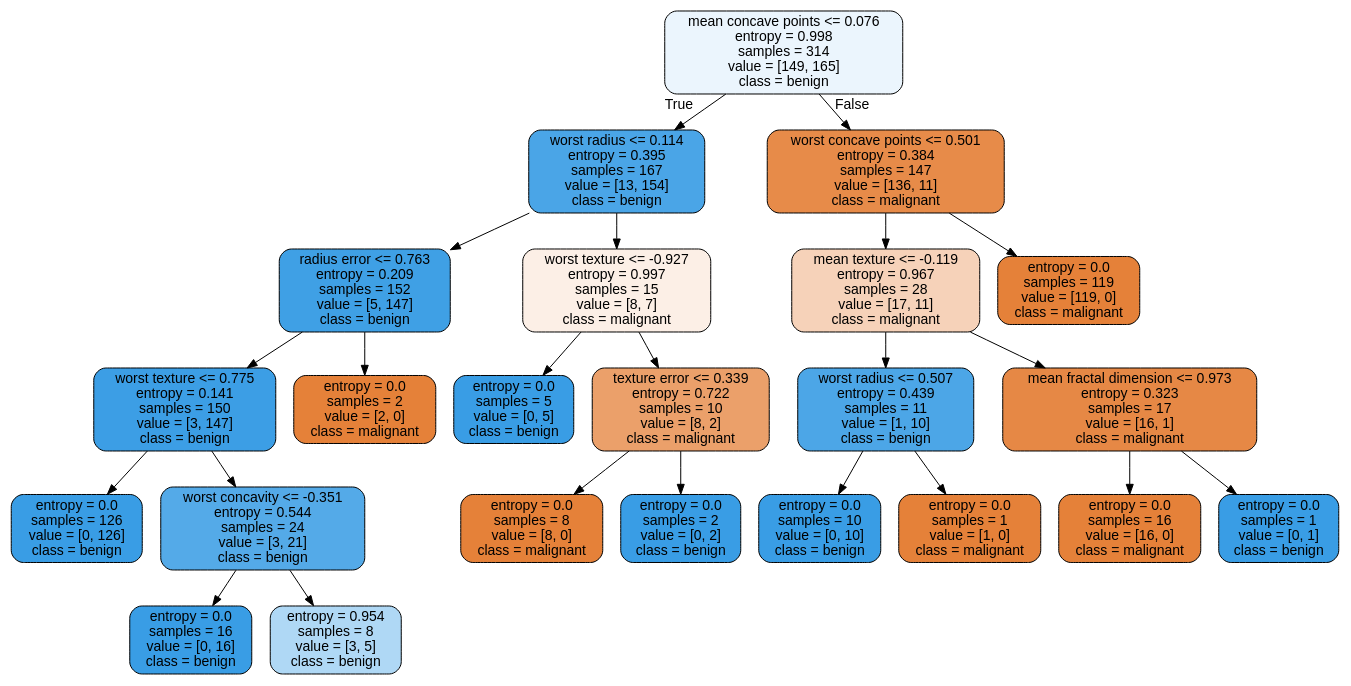
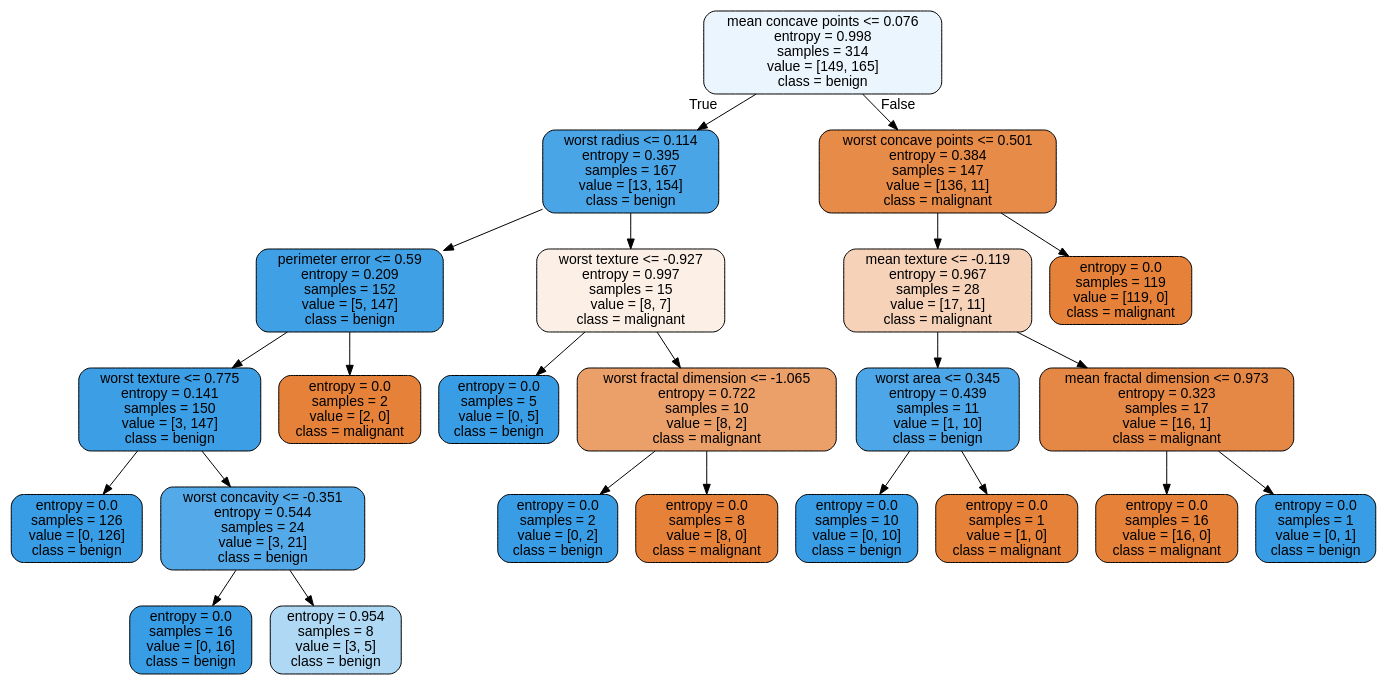
The diagram in tree_breast_cancer_enn.dot (ahadimuhsin/credit-card-fraud-detection), drawn with Graphviz before and after one commit. The commit also changed 18 other files, not shown here.

```diff
--- a/tree_breast_cancer_enn.dot
+++ b/tree_breast_cancer_enn.dot
@@ -1,49 +1,49 @@
 digraph Tree {
 node [shape=box, style="filled, rounded", color="black", fontname=helvetica] ;
 edge [fontname=helvetica] ;
 0 [label="mean concave points <= 0.076\nentropy = 0.998\nsamples = 314\nvalue = [149, 165]\nclass = benign", fillcolor="#399de519"] ;
 1 [label="worst radius <= 0.114\nentropy = 0.395\nsamples = 167\nvalue = [13, 154]\nclass = benign", fillcolor="#399de5e9"] ;
 0 -> 1 [labeldistance=2.5, labelangle=45, headlabel="True"] ;
-2 [label="radius error <= 0.763\nentropy = 0.209\nsamples = 152\nvalue = [5, 147]\nclass = benign", fillcolor="#399de5f6"] ;
+2 [label="perimeter error <= 0.59\nentropy = 0.209\nsamples = 152\nvalue = [5, 147]\nclass = benign", fillcolor="#399de5f6"] ;
 1 -> 2 ;
 3 [label="worst texture <= 0.775\nentropy = 0.141\nsamples = 150\nvalue = [3, 147]\nclass = benign", fillcolor="#399de5fa"] ;
 2 -> 3 ;
 4 [label="entropy = 0.0\nsamples = 126\nvalue = [0, 126]\nclass = benign", fillcolor="#399de5ff"] ;
 3 -> 4 ;
 5 [label="worst concavity <= -0.351\nentropy = 0.544\nsamples = 24\nvalue = [3, 21]\nclass = benign", fillcolor="#399de5db"] ;
 3 -> 5 ;
 6 [label="entropy = 0.0\nsamples = 16\nvalue = [0, 16]\nclass = benign", fillcolor="#399de5ff"] ;
 5 -> 6 ;
 7 [label="entropy = 0.954\nsamples = 8\nvalue = [3, 5]\nclass = benign", fillcolor="#399de566"] ;
 5 -> 7 ;
 8 [label="entropy = 0.0\nsamples = 2\nvalue = [2, 0]\nclass = malignant", fillcolor="#e58139ff"] ;
 2 -> 8 ;
 9 [label="worst texture <= -0.927\nentropy = 0.997\nsamples = 15\nvalue = [8, 7]\nclass = malignant", fillcolor="#e5813920"] ;
 1 -> 9 ;
 10 [label="entropy = 0.0\nsamples = 5\nvalue = [0, 5]\nclass = benign", fillcolor="#399de5ff"] ;
 9 -> 10 ;
-11 [label="texture error <= 0.339\nentropy = 0.722\nsamples = 10\nvalue = [8, 2]\nclass = malignant", fillcolor="#e58139bf"] ;
+11 [label="worst fractal dimension <= -1.065\nentropy = 0.722\nsamples = 10\nvalue = [8, 2]\nclass = malignant", fillcolor="#e58139bf"] ;
 9 -> 11 ;
-12 [label="entropy = 0.0\nsamples = 8\nvalue = [8, 0]\nclass = malignant", fillcolor="#e58139ff"] ;
+12 [label="entropy = 0.0\nsamples = 2\nvalue = [0, 2]\nclass = benign", fillcolor="#399de5ff"] ;
 11 -> 12 ;
-13 [label="entropy = 0.0\nsamples = 2\nvalue = [0, 2]\nclass = benign", fillcolor="#399de5ff"] ;
+13 [label="entropy = 0.0\nsamples = 8\nvalue = [8, 0]\nclass = malignant", fillcolor="#e58139ff"] ;
 11 -> 13 ;
 14 [label="worst concave points <= 0.501\nentropy = 0.384\nsamples = 147\nvalue = [136, 11]\nclass = malignant", fillcolor="#e58139ea"] ;
 0 -> 14 [labeldistance=2.5, labelangle=-45, headlabel="False"] ;
 15 [label="mean texture <= -0.119\nentropy = 0.967\nsamples = 28\nvalue = [17, 11]\nclass = malignant", fillcolor="#e581395a"] ;
 14 -> 15 ;
-16 [label="worst radius <= 0.507\nentropy = 0.439\nsamples = 11\nvalue = [1, 10]\nclass = benign", fillcolor="#399de5e6"] ;
+16 [label="worst area <= 0.345\nentropy = 0.439\nsamples = 11\nvalue = [1, 10]\nclass = benign", fillcolor="#399de5e6"] ;
 15 -> 16 ;
 17 [label="entropy = 0.0\nsamples = 10\nvalue = [0, 10]\nclass = benign", fillcolor="#399de5ff"] ;
 16 -> 17 ;
 18 [label="entropy = 0.0\nsamples = 1\nvalue = [1, 0]\nclass = malignant", fillcolor="#e58139ff"] ;
 16 -> 18 ;
 19 [label="mean fractal dimension <= 0.973\nentropy = 0.323\nsamples = 17\nvalue = [16, 1]\nclass = malignant", fillcolor="#e58139ef"] ;
 15 -> 19 ;
 20 [label="entropy = 0.0\nsamples = 16\nvalue = [16, 0]\nclass = malignant", fillcolor="#e58139ff"] ;
 19 -> 20 ;
 21 [label="entropy = 0.0\nsamples = 1\nvalue = [0, 1]\nclass = benign", fillcolor="#399de5ff"] ;
 19 -> 21 ;
 22 [label="entropy = 0.0\nsamples = 119\nvalue = [119, 0]\nclass = malignant", fillcolor="#e58139ff"] ;
 14 -> 22 ;
 }
```
